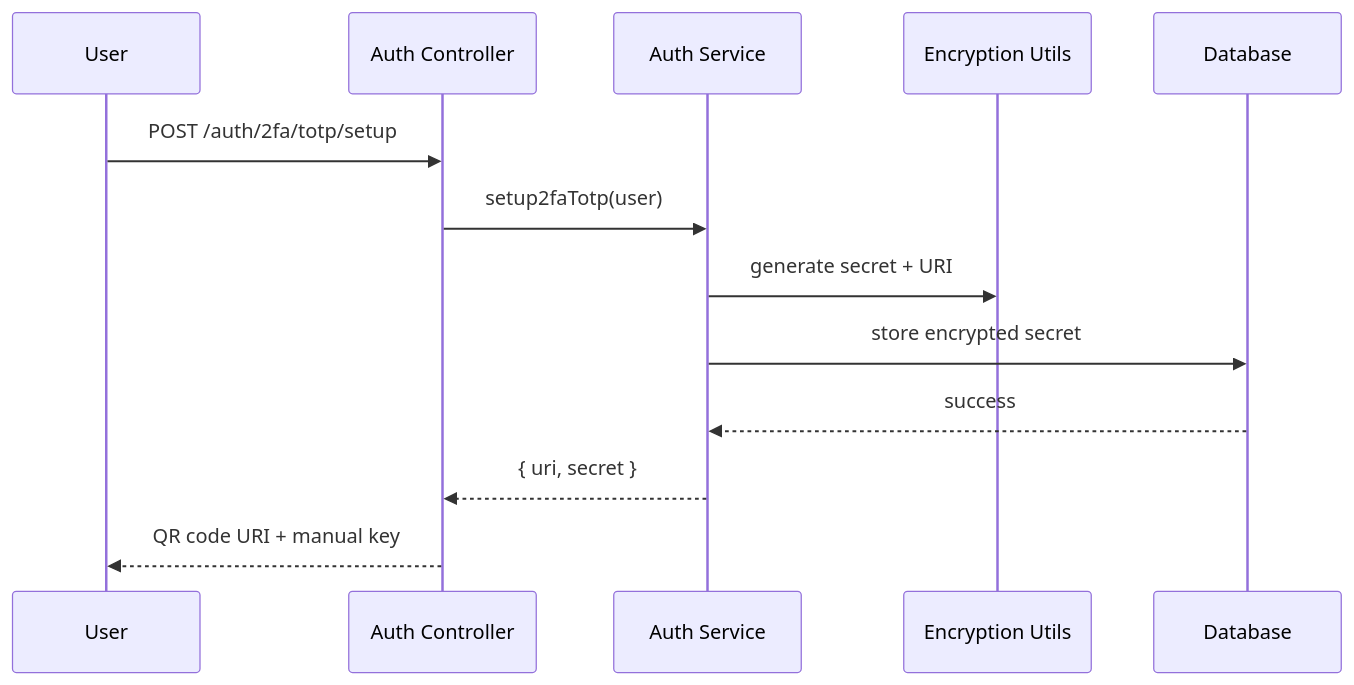
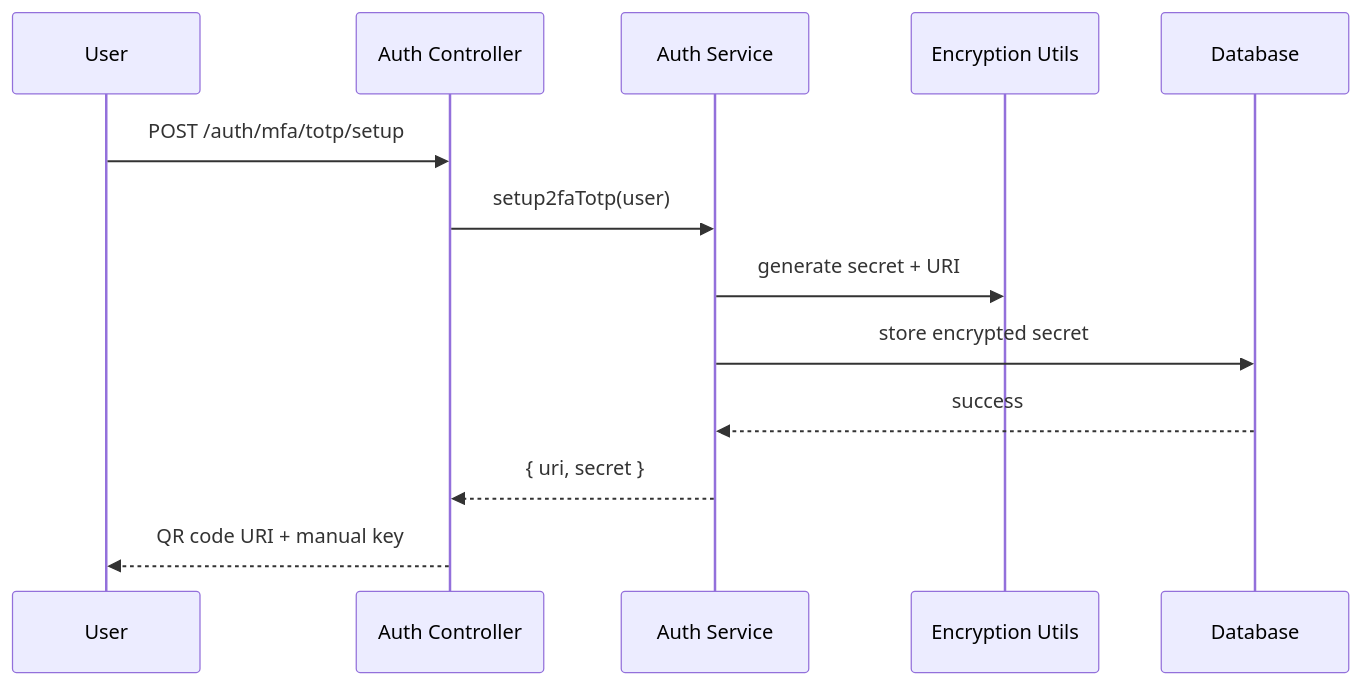
The second of 7 diagrams in system-design.md (daviduzondu/skillbridge-stage-5-be), drawn with Mermaid before and after one commit. The commit also changed other lines of this file and 11 other files, not shown here.

````diff
--- a/system-design.md
+++ b/system-design.md
@@ -55,16 +58,16 @@
 ```mermaid
 sequenceDiagram
     participant U as User
     participant C as Auth Controller
     participant S as Auth Service
     participant E as Encryption Utils
     participant DB as Database
 
-    U->>C: POST /auth/2fa/totp/setup
+    U->>C: POST /auth/mfa/totp/setup
     C->>S: setup2faTotp(user)
     S->>E: generate secret + URI
     S->>DB: store encrypted secret
     DB-->>S: success
     S-->>C: { uri, secret }
     C-->>U: QR code URI + manual key
 ```
````
